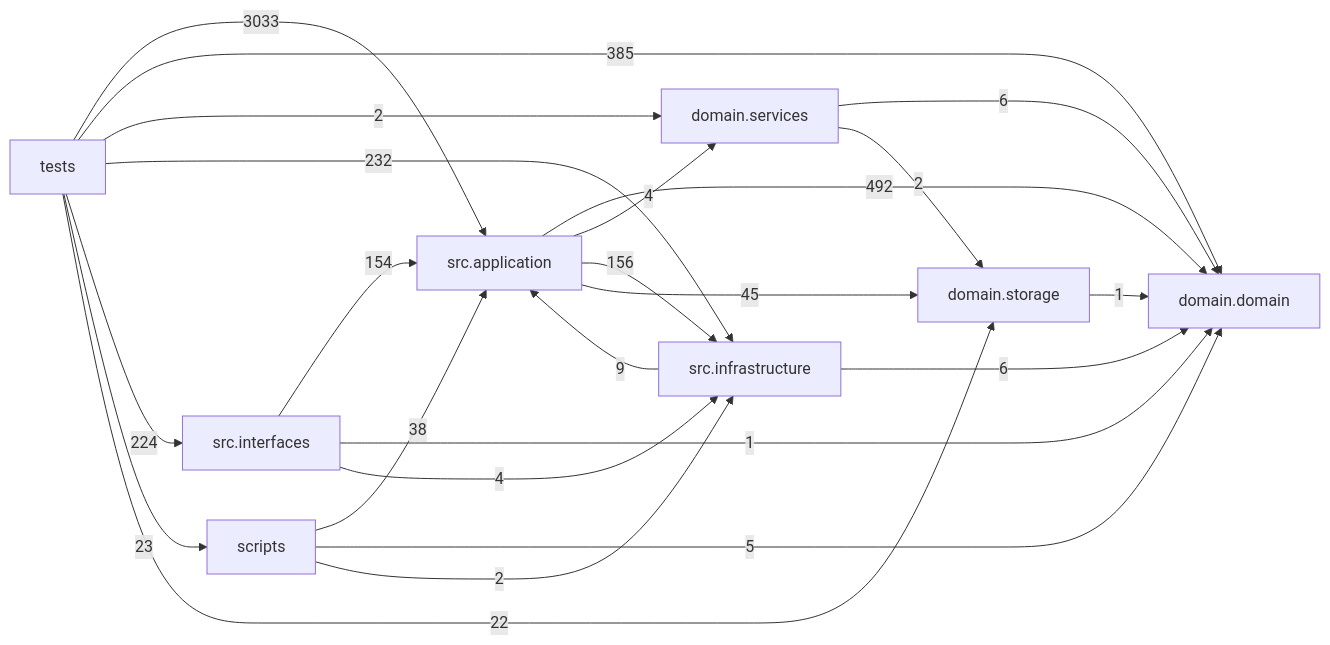
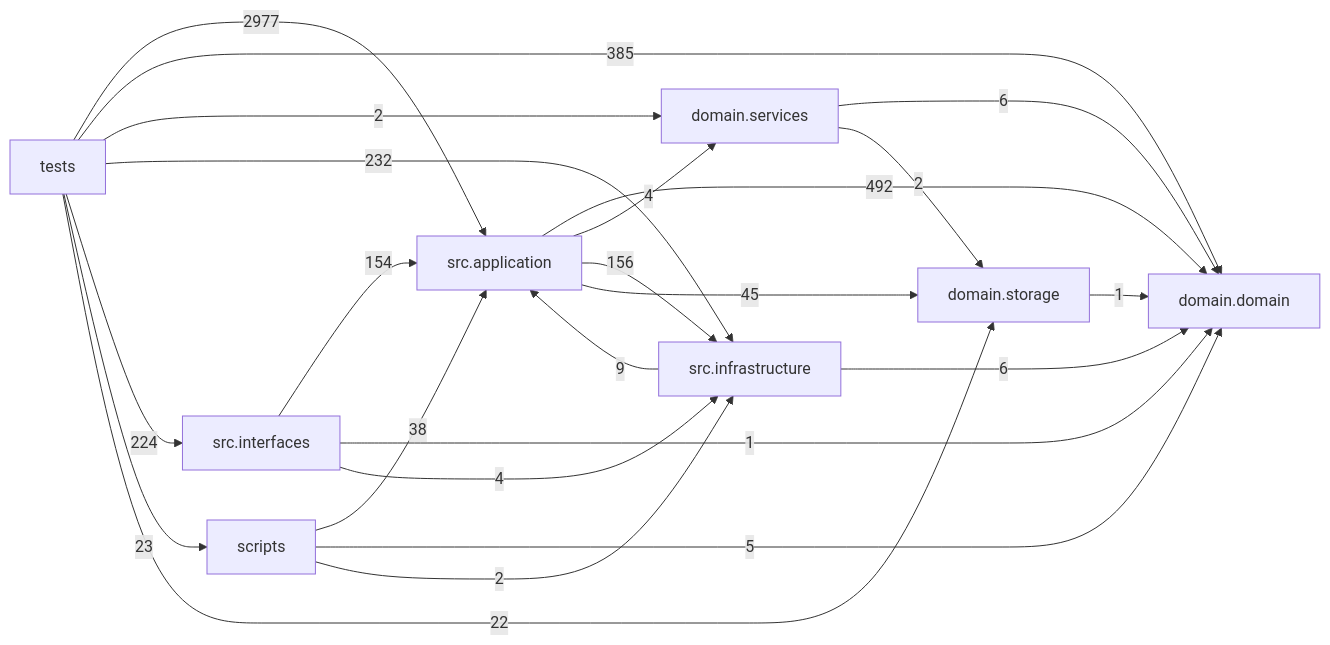
Before and after one commit to liuxie066/options-monitor: the diagram in docs/DEPENDENCY_GRAPH.md, drawn with Mermaid. The commit also changed other lines of this file, not shown here.

Commit message:
docs(graph): regenerate the dependency graph after the latest test consolidation

````diff
--- a/docs/DEPENDENCY_GRAPH.md
+++ b/docs/DEPENDENCY_GRAPH.md
@@ -24,33 +24,33 @@
 ```mermaid
 flowchart LR
   tests["tests"]
   scripts["scripts"]
   interfaces["src.interfaces"]
   application["src.application"]
   infrastructure["src.infrastructure"]
   domain_services["domain.services"]
   domain["domain.domain"]
   storage["domain.storage"]
   application -->|492| domain
   application -->|4| domain_services
   application -->|156| infrastructure
   application -->|45| storage
   domain_services -->|6| domain
   domain_services -->|2| storage
   infrastructure -->|9| application
   infrastructure -->|6| domain
   interfaces -->|154| application
   interfaces -->|1| domain
   interfaces -->|4| infrastructure
   scripts -->|38| application
   scripts -->|5| domain
   scripts -->|2| infrastructure
   storage -->|1| domain
-  tests -->|3033| application
+  tests -->|2977| application
   tests -->|385| domain
   tests -->|2| domain_services
   tests -->|232| infrastructure
   tests -->|224| interfaces
   tests -->|23| scripts
   tests -->|22| storage
 ```
````
